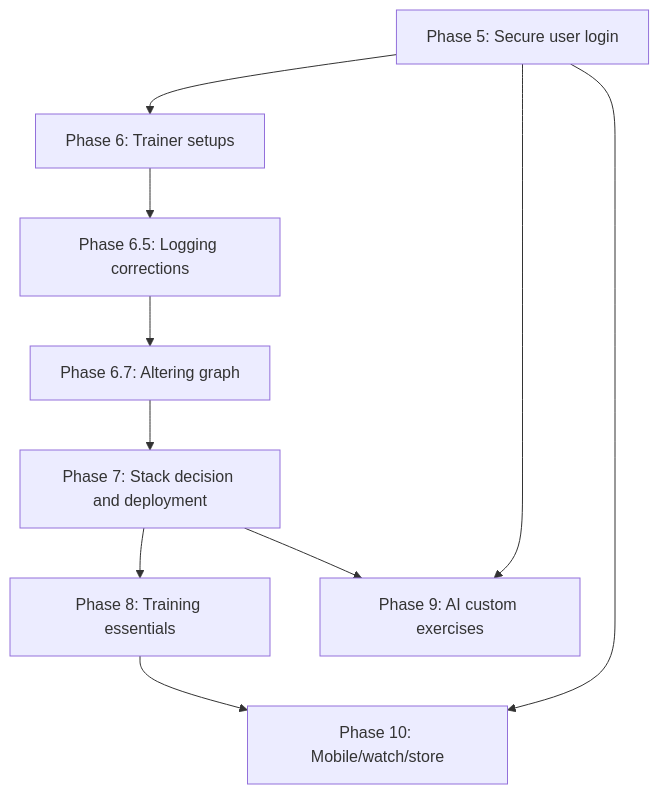
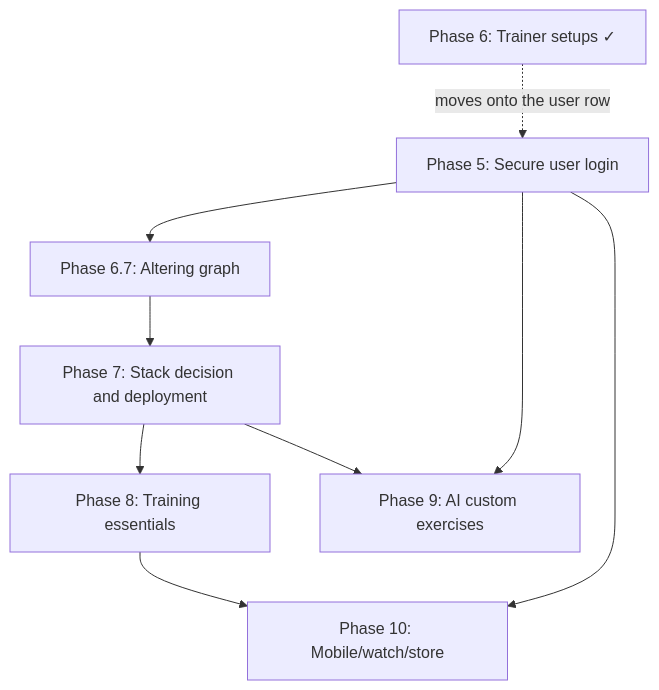
Before and after one commit to justins-li/Body-Shop: the diagram in docs/ROADMAP.md, drawn with Mermaid. The commit also changed other lines of this file and 27 other files, not shown here.

````diff
--- a/docs/ROADMAP.md
+++ b/docs/ROADMAP.md
@@ -117,12 +117,11 @@
 ```mermaid
 graph TD
-  P5[Phase 5: Secure user login] --> P6[Phase 6: Trainer setups]
-  P6 --> P65[Phase 6.5: Logging corrections]
-  P65 --> P67[Phase 6.7: Altering graph]
+  P6[Phase 6: Trainer setups ✓] -.moves onto the user row.-> P5[Phase 5: Secure user login]
+  P5 --> P67[Phase 6.7: Altering graph]
   P67 --> P7[Phase 7: Stack decision and deployment]
   P7 --> P8[Phase 8: Training essentials]
   P5 --> P9[Phase 9: AI custom exercises]
   P7 --> P9
   P8 --> P10[Phase 10: Mobile/watch/store]
   P5 --> P10
 ```
````
